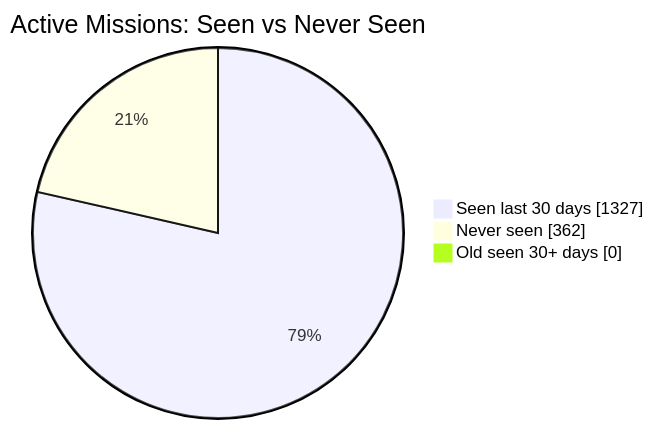
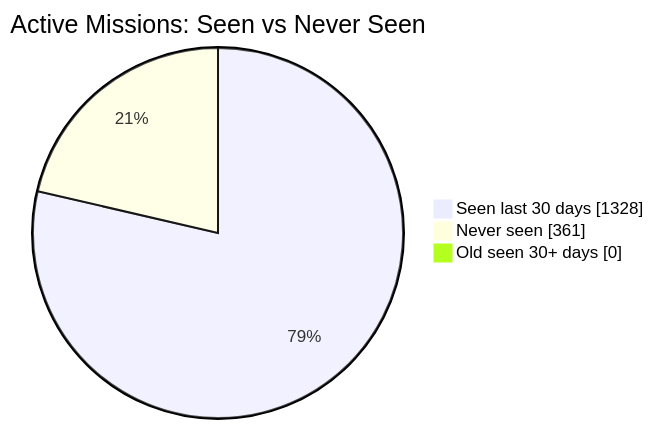
One commit to MeldkamerspelGameTeam/active-missions changed the first of 2 diagrams in README.md. Above: the diagram before and after it, drawn with Mermaid. The commit also changed other lines of this file and 2 other files, not shown here.

````diff
--- a/README.md
+++ b/README.md
@@ -34,7 +34,7 @@
 ```mermaid
 pie showData
     title Active Missions: Seen vs Never Seen
-    "Seen last 30 days" : 1327
-    "Never seen" : 362
+    "Seen last 30 days" : 1328
+    "Never seen" : 361
     "Old seen 30+ days" : 0
 ```
````
